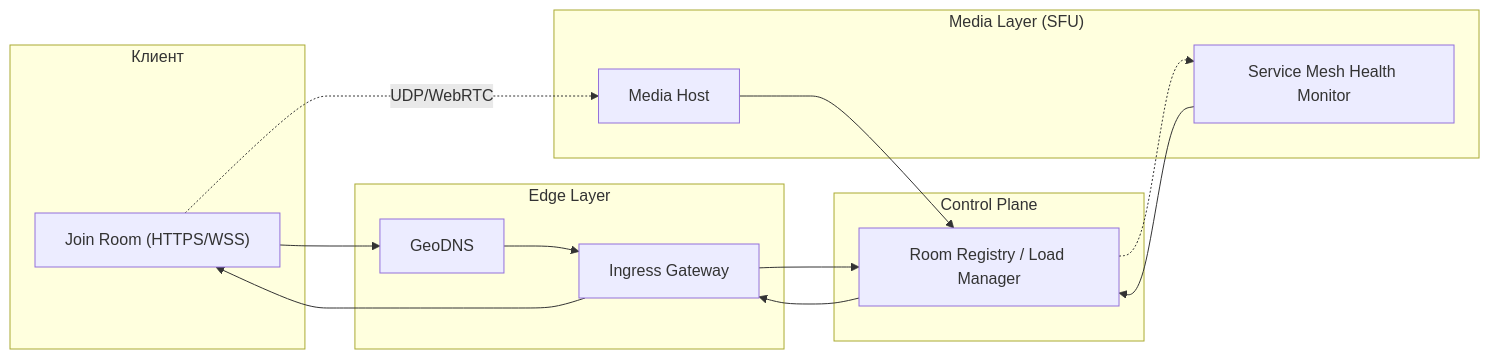
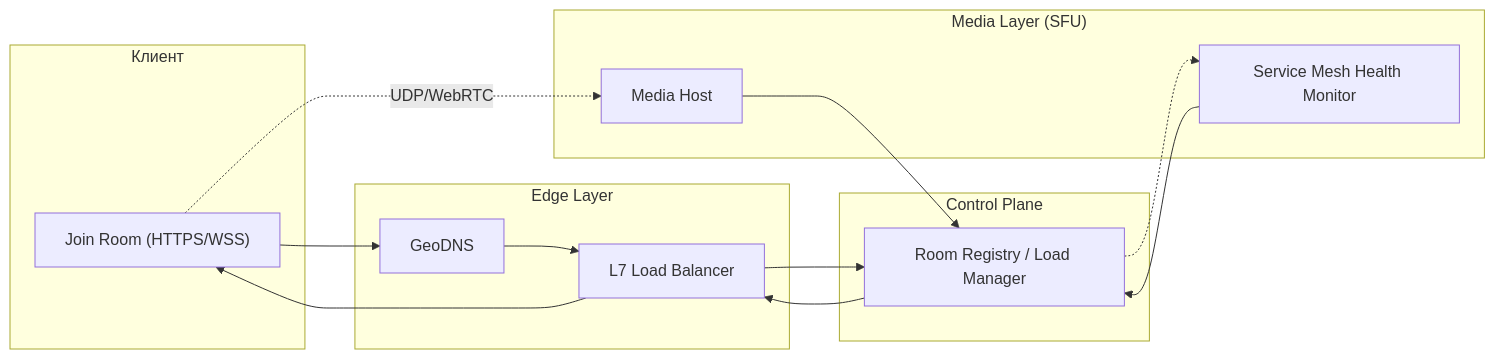
One commit to onionfriend2004/Highload_VK_Coursework changed the third of 3 diagrams in README.md. Above: the diagram before and after it, drawn with Mermaid. The commit also changed other lines of this file and 1 other file, not shown here.

````diff
--- a/README.md
+++ b/README.md
@@ -373,32 +369,32 @@
 ```mermaid
 flowchart LR
     subgraph CLIENT["Клиент"]
         U["Join Room (HTTPS/WSS)"]
     end
 
     subgraph EDGE["Edge Layer"]
-        I["Ingress Gateway"]
+        I["L7 Load Balancer"]
         D["GeoDNS"]
     end
 
     subgraph CONTROL["Control Plane"]
         C["Room Registry / Load Manager"]
     end
 
     subgraph MEDIA["Media Layer (SFU)"]
         M["Media Host"]
         H["Service Mesh Health Monitor"]
     end
 
     %% Signaling path (HTTP/WSS)
     U --> D --> I --> C
     C --> I --> U
 
     %% Media path (UDP/WebRTC)
     U -. UDP/WebRTC .-> M
 
     %% Control & health
     M --> C
     H --> C
     C -.-> H
 ```
````
